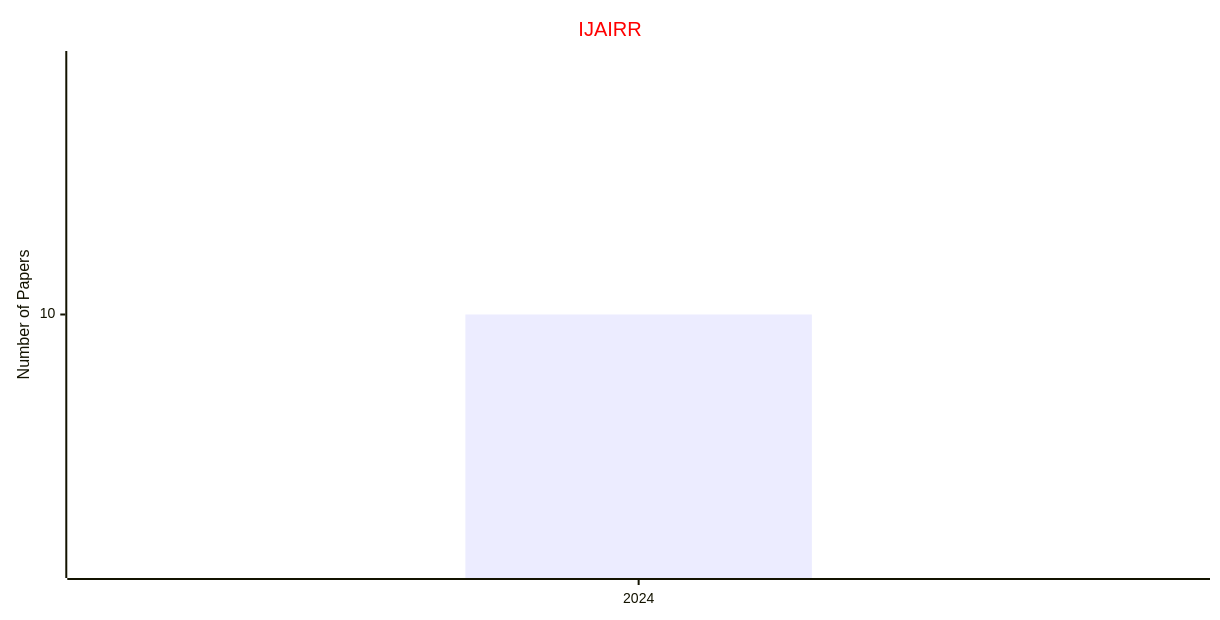
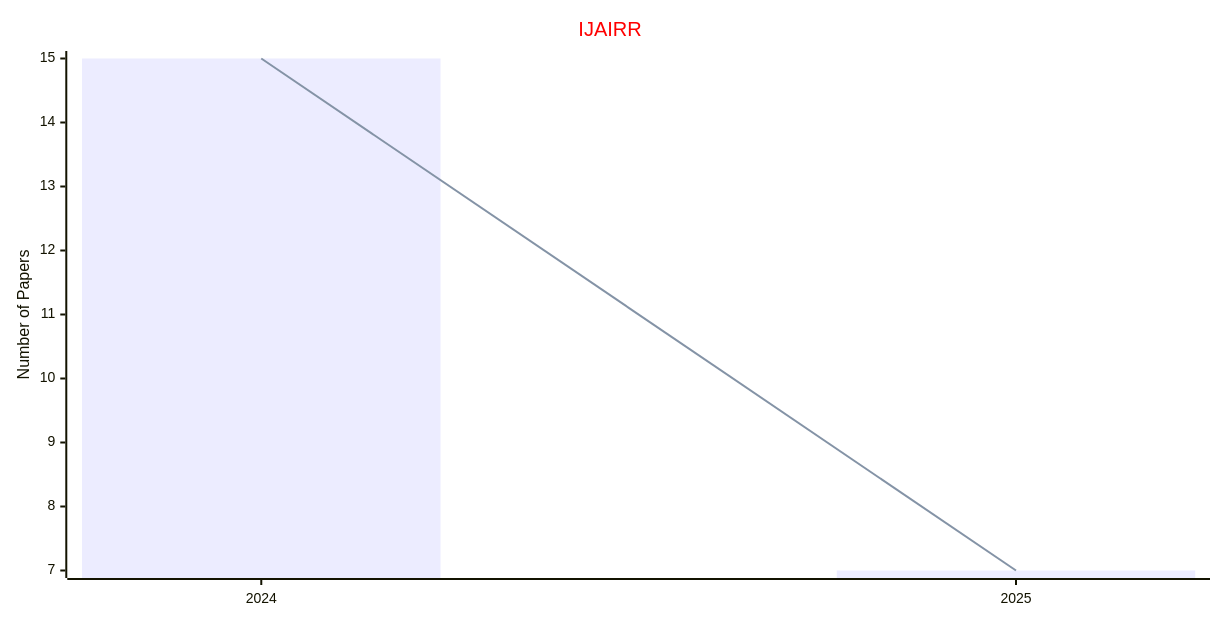
Diagram 12 of 12 in docs/data/Journals/Statistics_Journals/Robotics_and_UAV.md (Easy-PhD/AILinks), drawn with Mermaid before and after one commit. The commit also changed other lines of this file and 93 other files, not shown here.

````diff
--- a/docs/data/Journals/Statistics_Journals/Robotics_and_UAV.md
+++ b/docs/data/Journals/Statistics_Journals/Robotics_and_UAV.md
@@ -273,17 +273,17 @@
 ```mermaid
 ---
 config:
     xyChart:
         width: 1200
         height: 600
     themeVariables:
         xyChart:
             titleColor: "#ff0000"
 ---
 xychart-beta
     title "IJAIRR"
-    x-axis [2024]
+    x-axis [2024, 2025]
     y-axis "Number of Papers"
-    bar [10]
-    line [10]
+    bar [15, 7]
+    line [15, 7]
 ```
````
